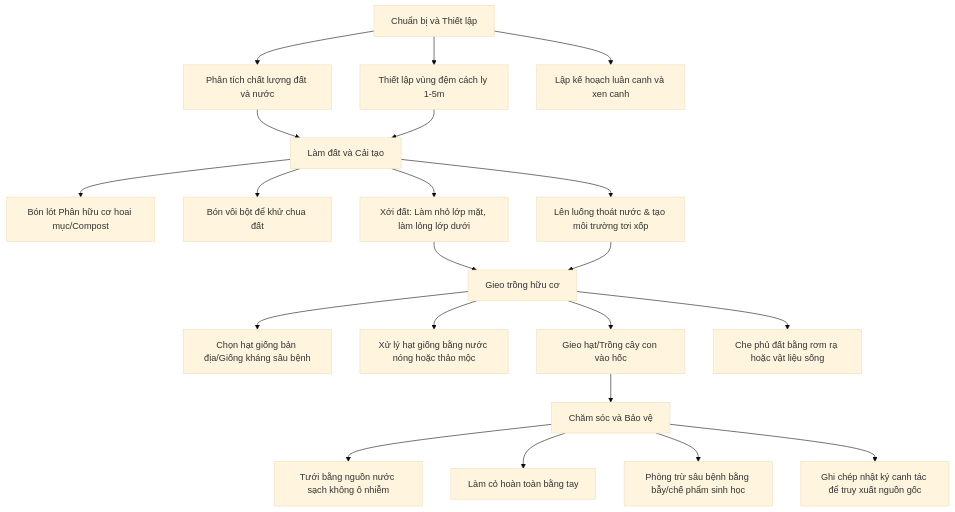
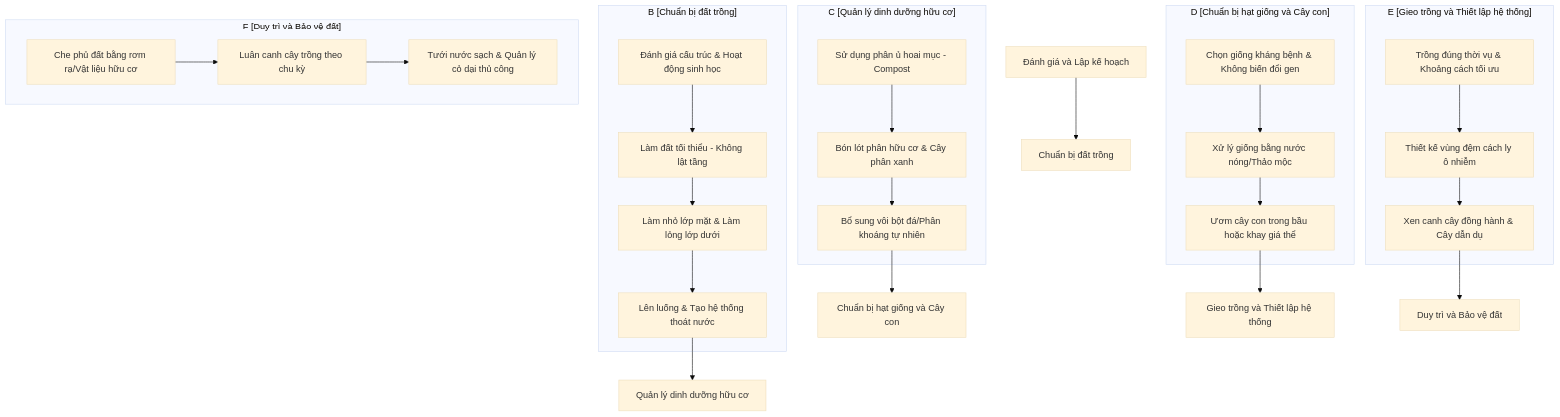
The diagram in _posts/2026-07-19-ky-thuat-trong-rau-sach-huu-co.md (manhhuynh-designer/Agri), drawn with Mermaid (base theme) before and after one commit. The commit also changed 8 other files, not shown here.

Commit message:
Replace and append native NotebookLM Mermaid.js diagrams to all 8 posts successfully

```diff
--- a/_posts/2026-07-19-ky-thuat-trong-rau-sach-huu-co.md
+++ b/_posts/2026-07-19-ky-thuat-trong-rau-sach-huu-co.md
@@ -27,26 +27,43 @@
 <div class="mermaid">
 graph TD
-    A[Chuẩn bị và Thiết lập] --> A1[Phân tích chất lượng đất và nước]
-    A --> A2[Thiết lập vùng đệm cách ly 1-5m]
-    A --> A3[Lập kế hoạch luân canh và xen canh]
+    A[Đánh giá và Lập kế hoạch] --> B[Chuẩn bị đất trồng]
+    
+    subgraph "B [Chuẩn bị đất trồng]"
+        B1[Đánh giá cấu trúc & Hoạt động sinh học]
+        B1 --> B2[Làm đất tối thiểu - Không lật tầng]
+        B2 --> B3[Làm nhỏ lớp mặt & Làm lỏng lớp dưới]
+        B3 --> B4[Lên luống & Tạo hệ thống thoát nước]
+    end
 
-    A1 --> B[Làm đất và Cải tạo]
-    A2 --> B
-    B --> B1[Bón lót Phân hữu cơ hoai mục/Compost]
-    B --> B2[Bón vôi bột để khử chua đất]
-    B --> B3[Xới đất: Làm nhỏ lớp mặt, làm lỏng lớp dưới]
-    B --> B4[Lên luống thoát nước & tạo môi trường tơi xốp]
+    B4 --> C[Quản lý dinh dưỡng hữu cơ]
 
-    B3 --> C[Gieo trồng hữu cơ]
-    B4 --> C
-    C --> C1[Chọn hạt giống bản địa/Giống kháng sâu bệnh]
-    C --> C2[Xử lý hạt giống bằng nước nóng hoặc thảo mộc]
-    C --> C3[Gieo hạt/Trồng cây con vào hốc]
-    C --> C4[Che phủ đất bằng rơm rạ hoặc vật liệu sống]
+    subgraph "C [Quản lý dinh dưỡng hữu cơ]"
+        C1[Sử dụng phân ủ hoai mục - Compost]
+        C1 --> C2[Bón lót phân hữu cơ & Cây phân xanh]
+        C2 --> C3[Bổ sung vôi bột đá/Phân khoáng tự nhiên]
+    end
 
-    C3 --> D[Chăm sóc và Bảo vệ]
-    D --> D1[Tưới bằng nguồn nước sạch không ô nhiễm]
-    D --> D2[Làm cỏ hoàn toàn bằng tay]
-    D --> D3[Phòng trừ sâu bệnh bằng bẫy/chế phẩm sinh học]
-    D --> D4[Ghi chép nhật ký canh tác để truy xuất nguồn gốc]
+    C3 --> D[Chuẩn bị hạt giống và Cây con]
+
+    subgraph "D [Chuẩn bị hạt giống và Cây con]"
+        D1[Chọn giống kháng bệnh & Không biến đổi gen]
+        D1 --> D2[Xử lý giống bằng nước nóng/Thảo mộc]
+        D2 --> D3[Ươm cây con trong bầu hoặc khay giá thể]
+    end
+
+    D3 --> E[Gieo trồng và Thiết lập hệ thống]
+
+    subgraph "E [Gieo trồng và Thiết lập hệ thống]"
+        E1[Trồng đúng thời vụ & Khoảng cách tối ưu]
+        E1 --> E2[Thiết kế vùng đệm cách ly ô nhiễm]
+        E2 --> E3[Xen canh cây đồng hành & Cây dẫn dụ]
+    end
+
+    E3 --> F[Duy trì và Bảo vệ đất]
+
+    subgraph "F [Duy trì và Bảo vệ đất]"
+        F1[Che phủ đất bằng rơm rạ/Vật liệu hữu cơ]
+        F1 --> F2[Luân canh cây trồng theo chu kỳ]
+        F2 --> F3[Tưới nước sạch & Quản lý cỏ dại thủ công]
+    end
 </div>
```
